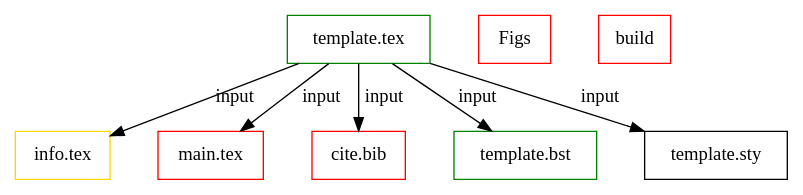
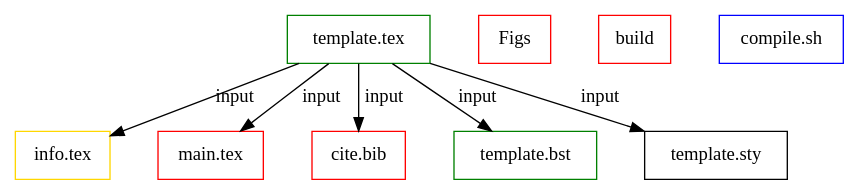
The diagram in texTemplate.org (bwtian/texTemplate), drawn with Graphviz before and after one commit. The commit also changed other lines of this file and 1 other file, not shown here.

```diff
--- a/texTemplate.org
+++ b/texTemplate.org
@@ -4,23 +4,24 @@
 #+BEGIN_SRC dot :file ./texTemplate.svg 
   digraph { 
   fontname="Times"; 
   fontsize = 12; 
   splines = false; 
   ranksep = 0.5; 
   nodesep = 0.5; 
   node [shape = box] 
   //1. set node 
   temp [label = "template.tex", color = green]
   info [label = "info.tex", color = gold]
   main [label = "main.tex", color = red]
   bib [label = "cite.bib", color = red]
   bst [label = "template.bst", color = green]
   sty [label = "template.sty"]
   fig [label = "Figs", color=red]
   build [label  = "build", color = red]
+  gen [label = "compile.sh", color = blue]
   //2. set path 
   temp -> {info,main, bib, bst, sty} [label = input]
   //3. set rank 
 
   }
 #+END_SRC
```
